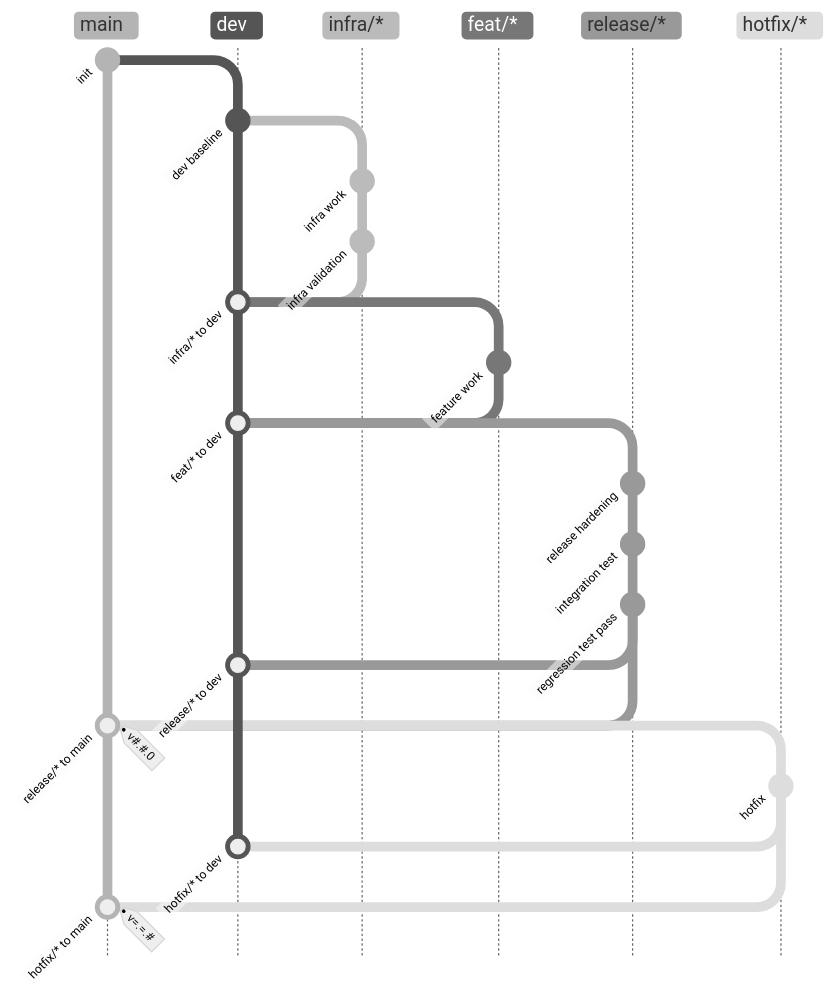
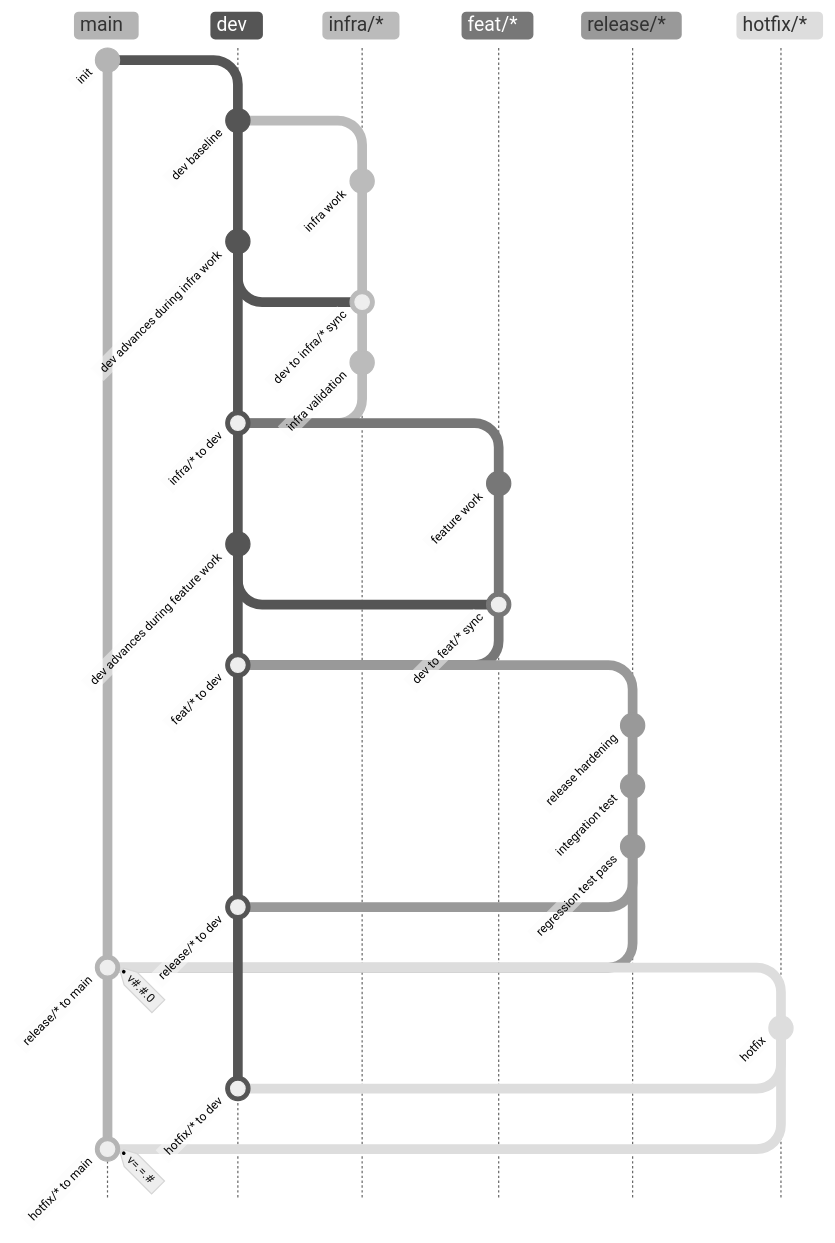
One commit to ylang-ylang/gitguard changed the diagram in configs/dev-infra-feat-release-hotfix/contribution.md. Above: the diagram before and after it, drawn with Mermaid (neutral theme). The commit also changed other lines of this file and 12 other files, not shown here.

````diff
--- a/configs/dev-infra-feat-release-hotfix/contribution.md
+++ b/configs/dev-infra-feat-release-hotfix/contribution.md
@@ -3,43 +3,58 @@
 ```mermaid
 gitGraph TB:
     commit id:"init"
     branch dev
     checkout dev
     commit id:"dev baseline"
 
     %% Cross-module infrastructure work
     branch "infra/*"
     checkout "infra/*"
     commit id:"infra work"
+
+    checkout dev
+    commit id:"dev advances during infra work"
+
+    checkout "infra/*"
+    merge dev id:"dev to infra/* sync"
     commit id:"infra validation"
+
     checkout dev
     merge "infra/*" id:"infra/* to dev"
 
     %% Single-module feature work
+    checkout dev
     branch "feat/*"
     checkout "feat/*"
     commit id:"feature work"
+
+    checkout dev
+    commit id:"dev advances during feature work"
+
+    checkout "feat/*"
+    merge dev id:"dev to feat/* sync"
+
     checkout dev
     merge "feat/*" id:"feat/* to dev"
 
     %% Release from dev to main
     branch "release/*"
     checkout "release/*"
     commit id:"release hardening"
     commit id:"integration test"
     commit id:"regression test pass"
     checkout dev
     merge "release/*" id:"release/* to dev"
     checkout main
     merge "release/*" id:"release/* to main" tag:"v#.#.0"
 
     %% Hotfix from main
     checkout main
     branch "hotfix/*"
     checkout "hotfix/*"
     commit id:"hotfix"
     checkout dev
     merge "hotfix/*" id:"hotfix/* to dev"
     checkout main
     merge "hotfix/*" id:"hotfix/* to main" tag:"v=.=.#"
 ```
````
